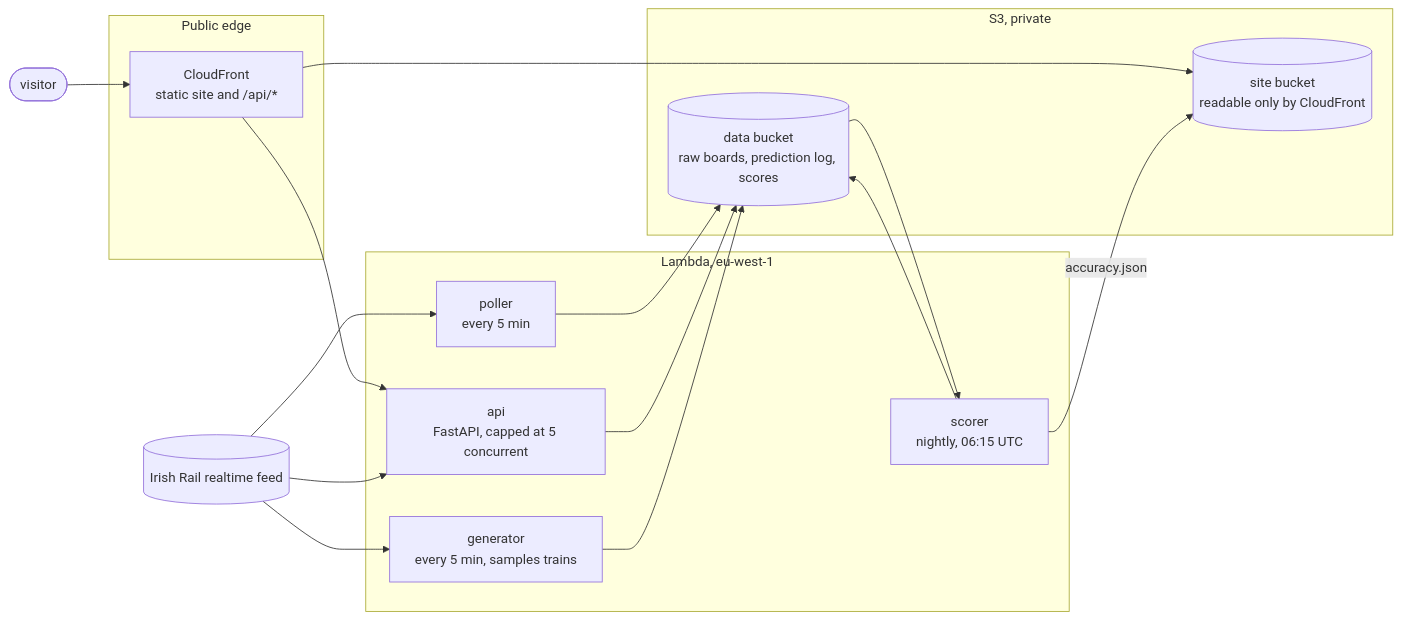
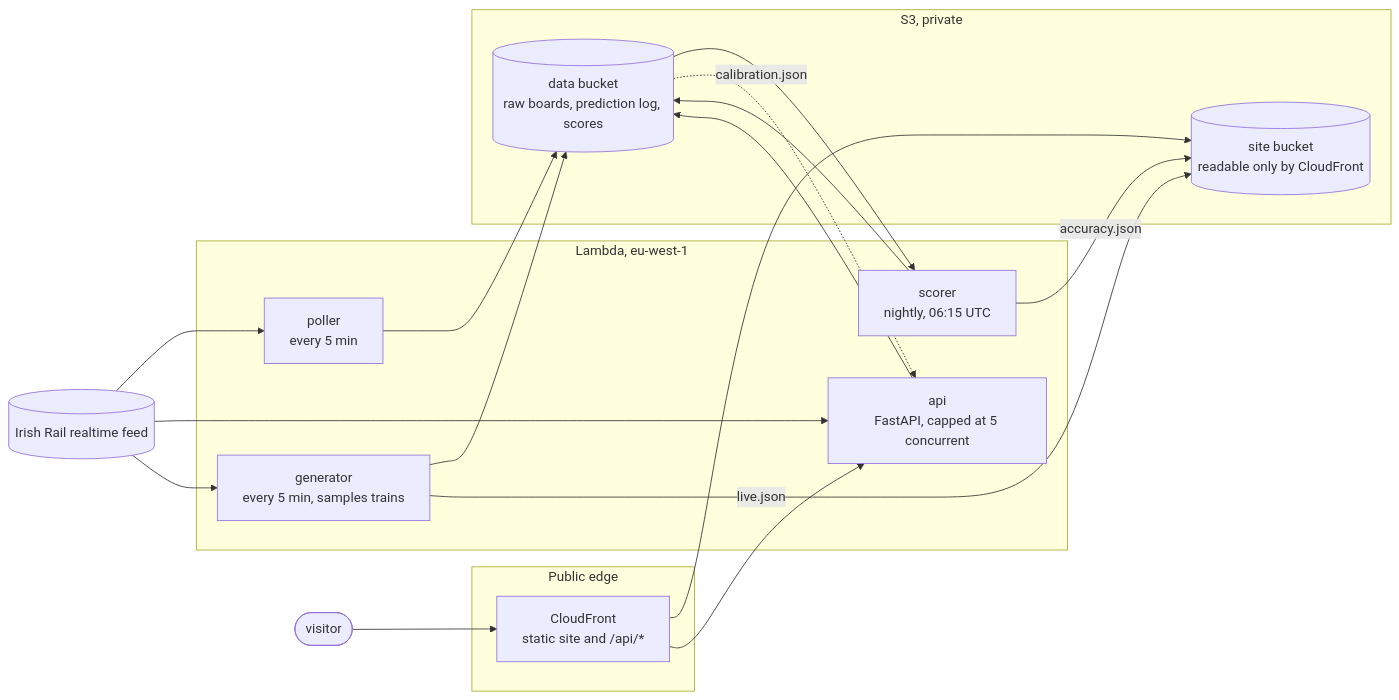
One commit to XxAG17xX/irish-rail-delay-predictor changed the first of 2 diagrams in README.md. Above: the diagram before and after it, drawn with Mermaid. The commit also changed other lines of this file and 12 other files, not shown here.

````diff
--- a/README.md
+++ b/README.md
@@ -93,30 +114,32 @@
 ```mermaid
 flowchart LR
     FEED[("Irish Rail realtime feed")]
     VISITOR(["visitor"])
 
     subgraph edge["Public edge"]
         CF["CloudFront<br/>static site and /api/*"]
     end
 
     subgraph lambdas["Lambda, eu-west-1"]
         POLL["poller<br/>every 5 min"]
         API["api<br/>FastAPI, capped at 5 concurrent"]
         GEN["generator<br/>every 5 min, samples trains"]
         SCORE["scorer<br/>nightly, 06:15 UTC"]
     end
 
     subgraph buckets["S3, private"]
         DATA[("data bucket<br/>raw boards, prediction log, scores")]
         SITE[("site bucket<br/>readable only by CloudFront")]
     end
 
     VISITOR --> CF
     CF --> SITE
     CF --> API
     FEED --> POLL --> DATA
     FEED --> API --> DATA
     FEED --> GEN --> DATA
+    GEN -->|live.json| SITE
     DATA --> SCORE --> DATA
     SCORE -->|accuracy.json| SITE
+    DATA -.->|calibration.json| API
 ```
````
